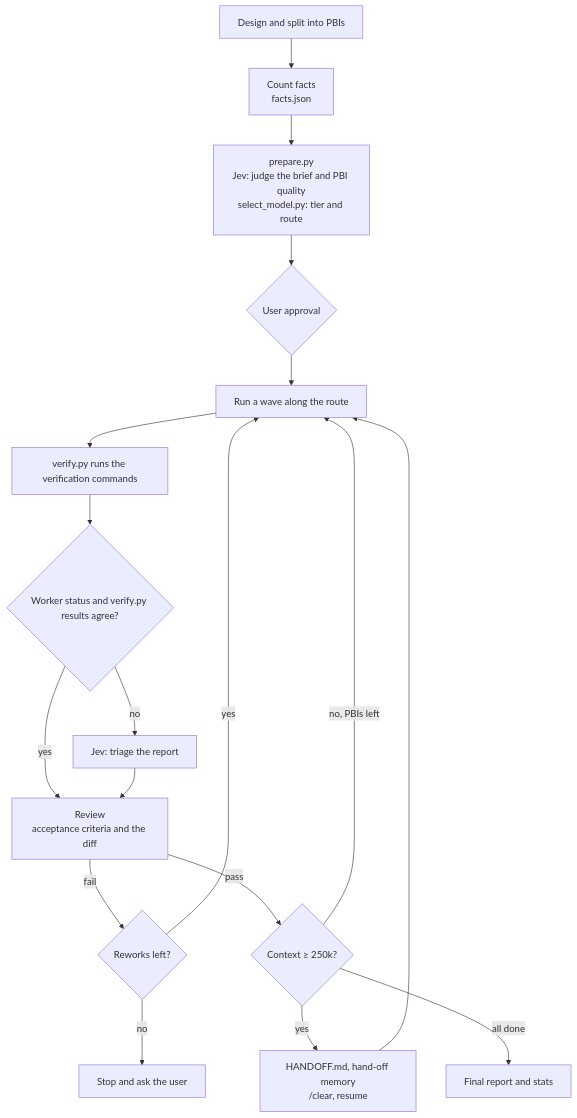
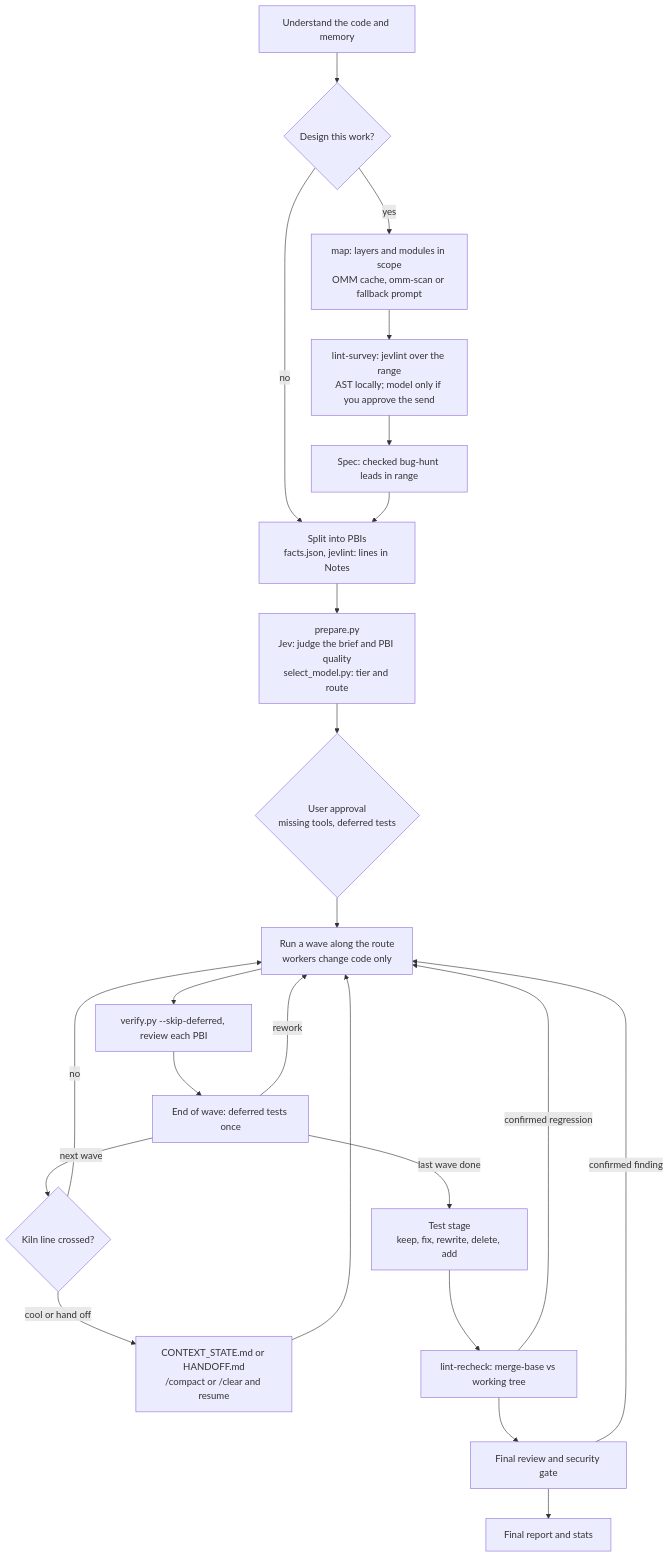
Before and after one commit to reeschan/atelier: the diagram in README.md, drawn with Mermaid. The commit also changed other lines of this file and 10 other files, not shown here.

First line of the commit message:
Document the map, lint and default changes; explain the recommended template

````diff
--- a/README.md
+++ b/README.md
@@ -75,20 +80,25 @@
 ```mermaid
 flowchart TD
-  A[Design and split into PBIs] --> B[Count facts<br/>facts.json]
-  B --> C[prepare.py<br/>Jev: judge the brief and PBI quality<br/>select_model.py: tier and route]
-  C --> F{User approval}
-  F --> G[Run a wave along the route]
-  G --> V[verify.py runs the verification commands]
-  V --> H{Worker status and verify.py results agree?}
-  H -->|no| H2[Jev: triage the report]
-  H -->|yes| I
-  H2 --> I[Review<br/>acceptance criteria and the diff]
-  I -->|fail| K{Reworks left?}
-  K -->|yes| G
-  K -->|no| L[Stop and ask the user]
-  I -->|pass| M{Context ≥ 250k?}
-  M -->|no, PBIs left| G
-  M -->|yes| N[HANDOFF.md, hand-off memory<br/>/clear, resume]
+  U[Understand the code and memory] --> D{Design this work?}
+  D -->|yes| MAP[map: layers and modules in scope<br/>OMM cache, omm-scan or fallback prompt]
+  MAP --> LS[lint-survey: jevlint over the range<br/>AST locally; model only if you approve the send]
+  LS --> S[Spec: checked bug-hunt leads in range]
+  D -->|no| P
+  S --> P[Split into PBIs<br/>facts.json, jevlint: lines in Notes]
+  P --> C[prepare.py<br/>Jev: judge the brief and PBI quality<br/>select_model.py: tier and route]
+  C --> F{User approval<br/>missing tools, deferred tests}
+  F --> G[Run a wave along the route<br/>workers change code only]
+  G --> V[verify.py --skip-deferred, review each PBI]
+  V --> W[End of wave: deferred tests once]
+  W -->|rework| G
+  W -->|next wave| K{Kiln line crossed?}
+  K -->|cool or hand off| N[CONTEXT_STATE.md or HANDOFF.md<br/>/compact or /clear and resume]
   N --> G
-  M -->|all done| J[Final report and stats]
+  K -->|no| G
+  W -->|last wave done| T[Test stage<br/>keep, fix, rewrite, delete, add]
+  T --> LR[lint-recheck: merge-base vs working tree]
+  LR -->|confirmed regression| G
+  LR --> R[Final review and security gate]
+  R -->|confirmed finding| G
+  R --> J[Final report and stats]
 ```
````
